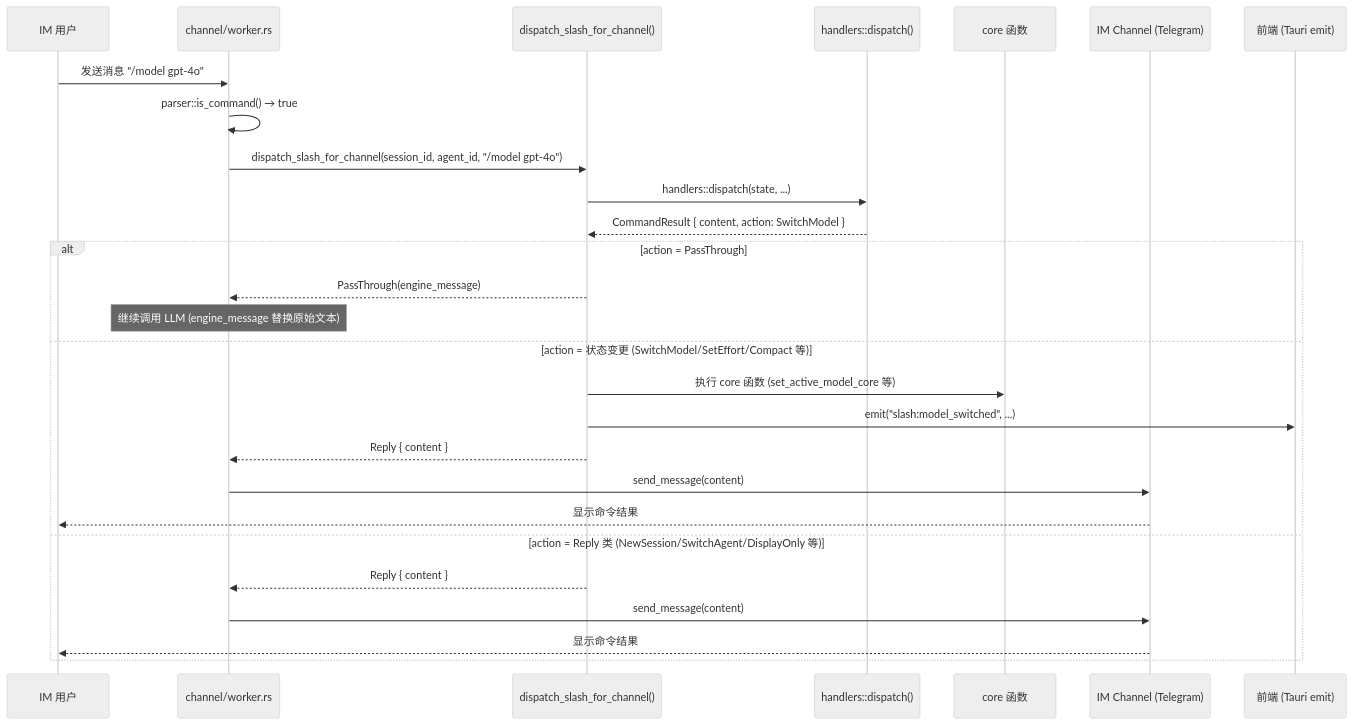
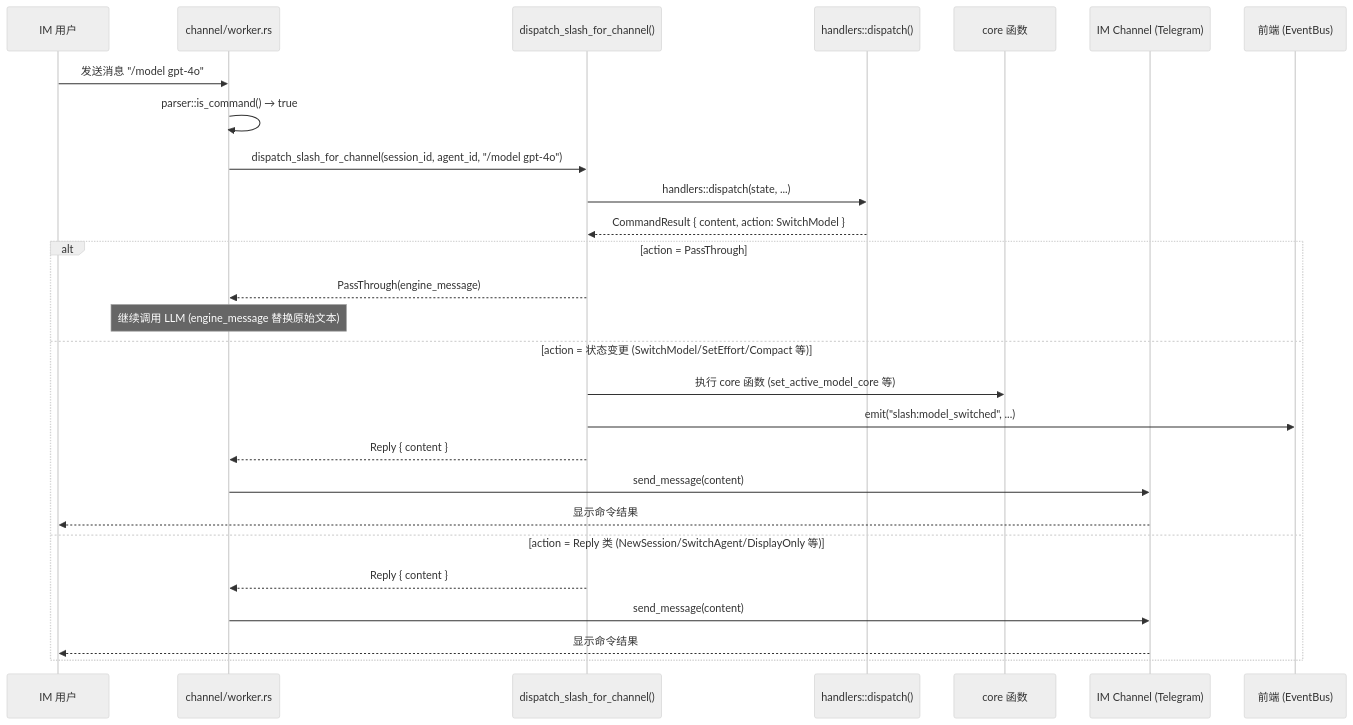
Before and after one commit to shiwenwen/hope-agent: the second of 3 diagrams in docs/architecture/slash-commands.md, drawn with Mermaid (neutral theme). The commit also changed other lines of this file and 21 other files, not shown here.

````diff
--- a/docs/architecture/slash-commands.md
+++ b/docs/architecture/slash-commands.md
@@ -54,30 +54,30 @@
 ```mermaid
 sequenceDiagram
     participant U as IM 用户
     participant W as channel/worker.rs
     participant SC as dispatch_slash_for_channel()
     participant D as handlers::dispatch()
     participant Core as core 函数
     participant CH as IM Channel (Telegram)
-    participant FE as 前端 (Tauri emit)
+    participant FE as 前端 (EventBus)
 
     U->>W: 发送消息 "/model gpt-4o"
     W->>W: parser::is_command() → true
     W->>SC: dispatch_slash_for_channel(session_id, agent_id, "/model gpt-4o")
     SC->>D: handlers::dispatch(state, ...)
     D-->>SC: CommandResult { content, action: SwitchModel }
     alt action = PassThrough
         SC-->>W: PassThrough(engine_message)
         Note over W: 继续调用 LLM (engine_message 替换原始文本)
     else action = 状态变更 (SwitchModel/SetEffort/Compact 等)
         SC->>Core: 执行 core 函数 (set_active_model_core 等)
         SC->>FE: emit("slash:model_switched", ...)
         SC-->>W: Reply { content }
         W->>CH: send_message(content)
         CH-->>U: 显示命令结果
     else action = Reply 类 (NewSession/SwitchAgent/DisplayOnly 等)
         SC-->>W: Reply { content }
         W->>CH: send_message(content)
         CH-->>U: 显示命令结果
     end
 ```
````
